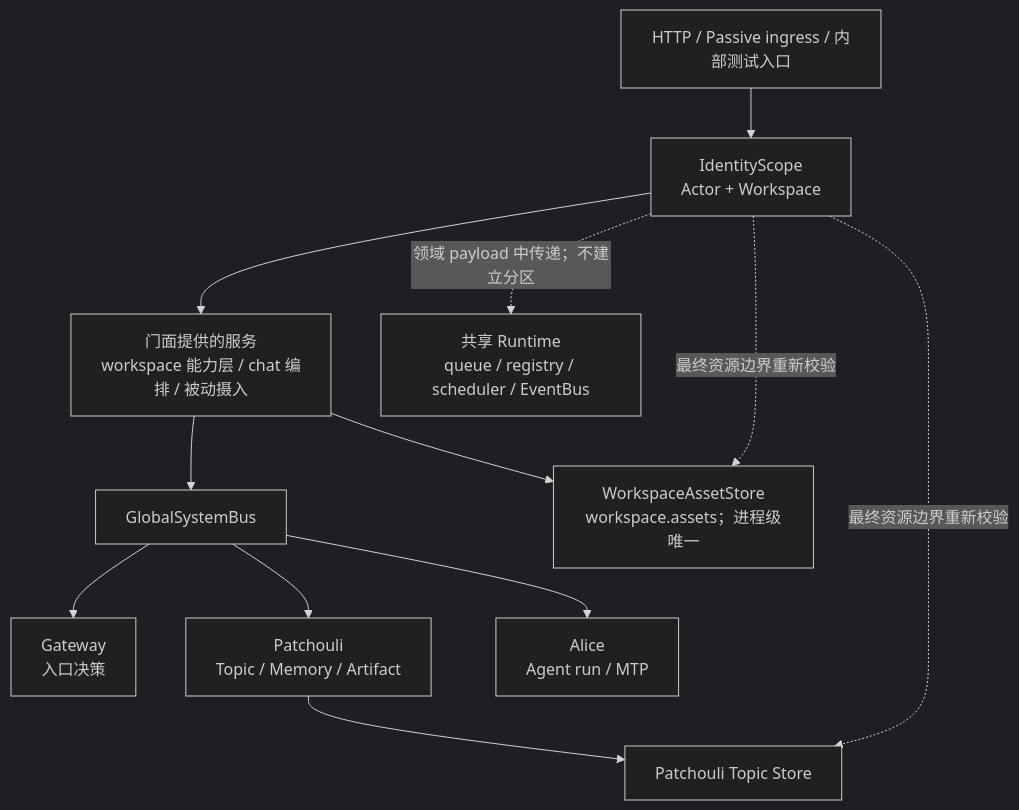
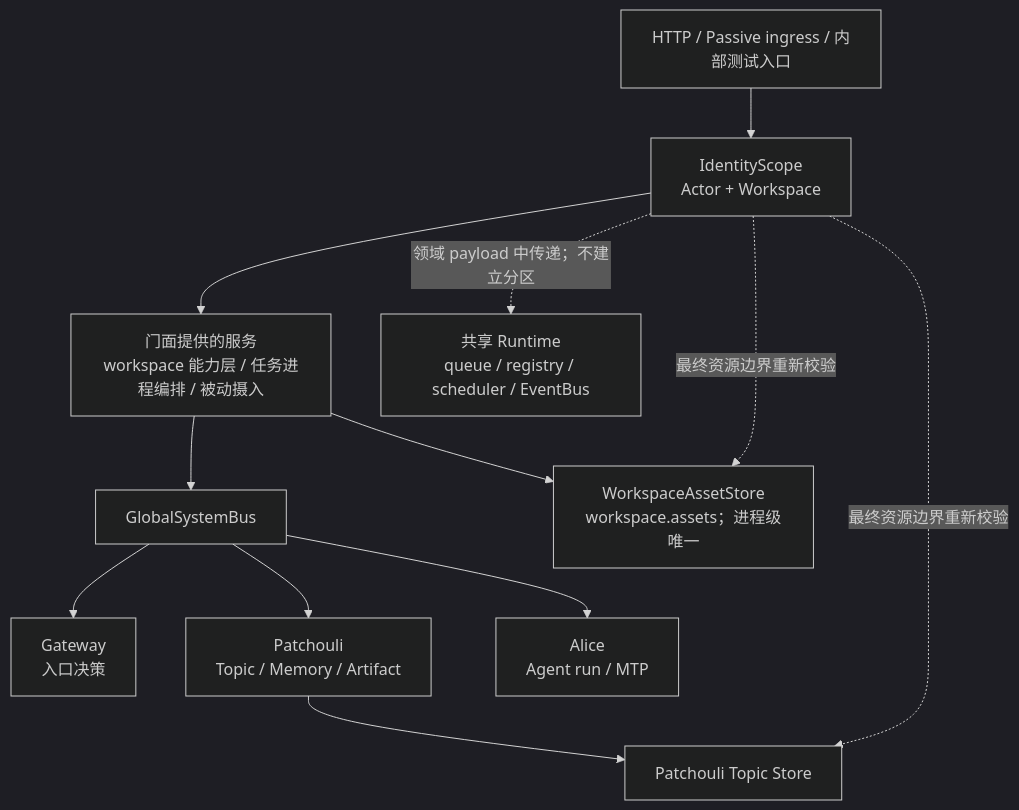
Before and after one commit to artemis03976/HiveMemory: the diagram in docs/architecture/workspace.md, drawn with Mermaid (dark theme). The commit also changed other lines of this file and 179 other files, not shown here.

````diff
--- a/docs/architecture/workspace.md
+++ b/docs/architecture/workspace.md
@@ -80,23 +84,23 @@
 ```mermaid
 flowchart TB
     IN["HTTP / Passive ingress / 内部测试入口"]
     SCOPE["IdentityScope\nActor + Workspace"]
-    APP["门面提供的服务\nworkspace 能力层 / chat 编排 / 被动摄入"]
+    APP["门面提供的服务\nworkspace 能力层 / 任务进程编排 / 被动摄入"]
     BUS["GlobalSystemBus"]
     GW["Gateway\n入口决策"]
     PA["Patchouli\nTopic / Memory / Artifact"]
     AL["Alice\nAgent run / MTP"]
     TOPIC["Patchouli Topic Store"]
     ASSET["WorkspaceAssetStore\nworkspace.assets；进程级唯一"]
     SHARED["共享 Runtime\nqueue / registry / scheduler / EventBus"]
 
     IN --> SCOPE --> APP --> BUS
     BUS --> GW
     BUS --> PA
     BUS --> AL
     PA --> TOPIC
     APP --> ASSET
     SCOPE -. "最终资源边界重新校验" .-> TOPIC
     SCOPE -. "最终资源边界重新校验" .-> ASSET
     SCOPE -. "领域 payload 中传递；不建立分区" .-> SHARED
 ```
````
